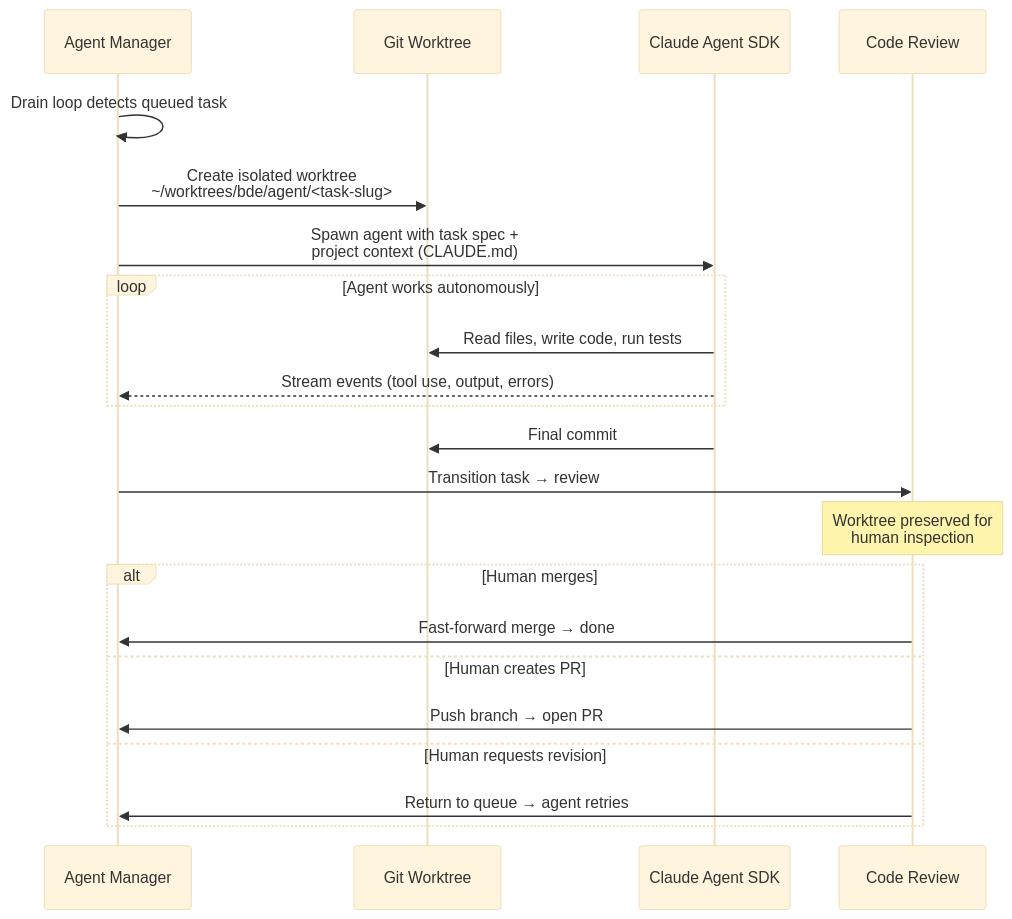
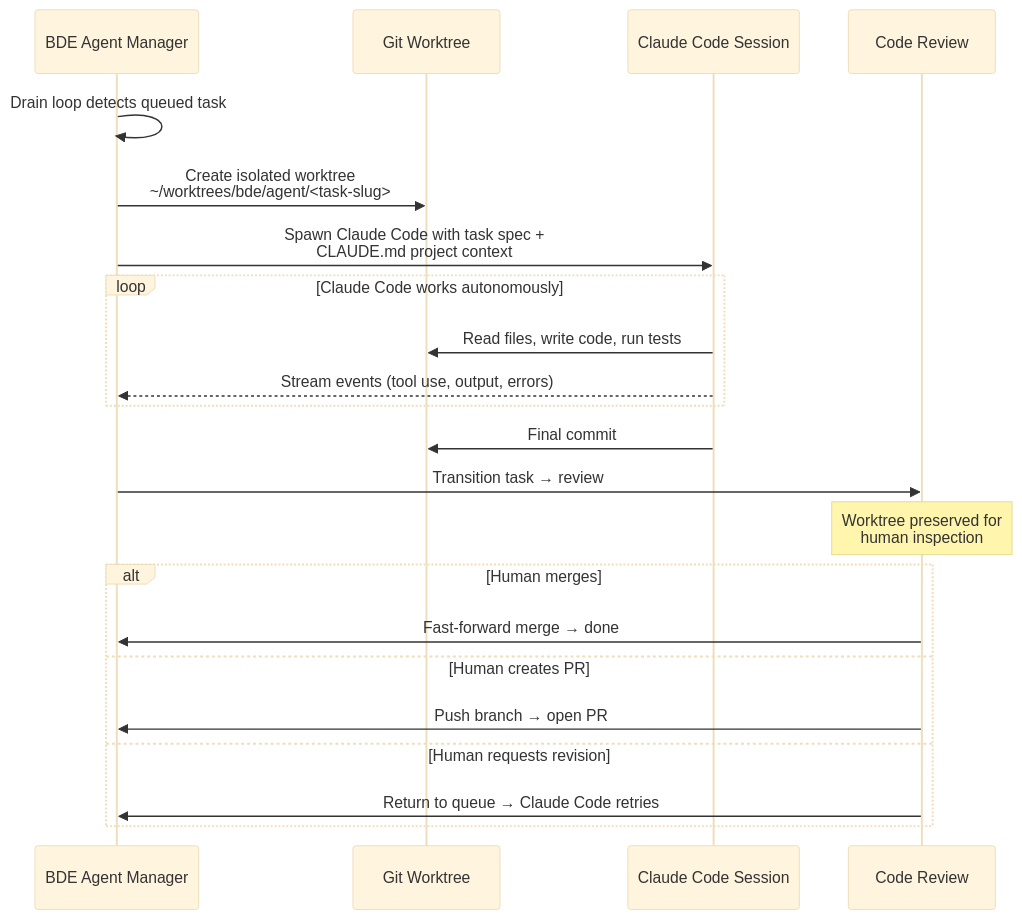
The second of 4 diagrams in README.md (RyanJBirkeland/BDE), drawn with Mermaid (base theme) before and after one commit. The commit also changed other lines of this file, not shown here.

Commit message:
chore: reframe README — BDE as steering system for Claude Code, not standalone AI

````diff
--- a/README.md
+++ b/README.md
@@ -83,28 +93,28 @@
 ```mermaid
 sequenceDiagram
-    participant AM as Agent Manager
+    participant AM as BDE Agent Manager
     participant WT as Git Worktree
-    participant SDK as Claude Agent SDK
+    participant CC as Claude Code Session
     participant CR as Code Review
 
     AM->>AM: Drain loop detects queued task
     AM->>WT: Create isolated worktree<br/>~/worktrees/bde/agent/<task-slug>
-    AM->>SDK: Spawn agent with task spec +<br/>project context (CLAUDE.md)
+    AM->>CC: Spawn Claude Code with task spec +<br/>CLAUDE.md project context
 
-    loop Agent works autonomously
-        SDK->>WT: Read files, write code, run tests
-        SDK-->>AM: Stream events (tool use, output, errors)
+    loop Claude Code works autonomously
+        CC->>WT: Read files, write code, run tests
+        CC-->>AM: Stream events (tool use, output, errors)
     end
 
-    SDK->>WT: Final commit
+    CC->>WT: Final commit
     AM->>CR: Transition task → review
     Note over CR: Worktree preserved for<br/>human inspection
 
     alt Human merges
         CR->>AM: Fast-forward merge → done
     else Human creates PR
         CR->>AM: Push branch → open PR
     else Human requests revision
-        CR->>AM: Return to queue → agent retries
+        CR->>AM: Return to queue → Claude Code retries
     end
 ```
````
